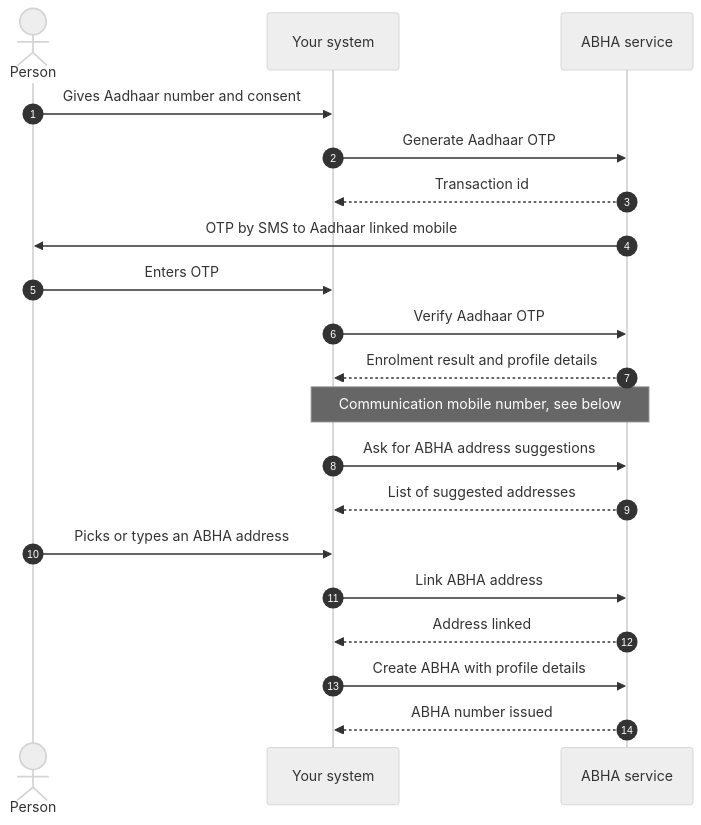
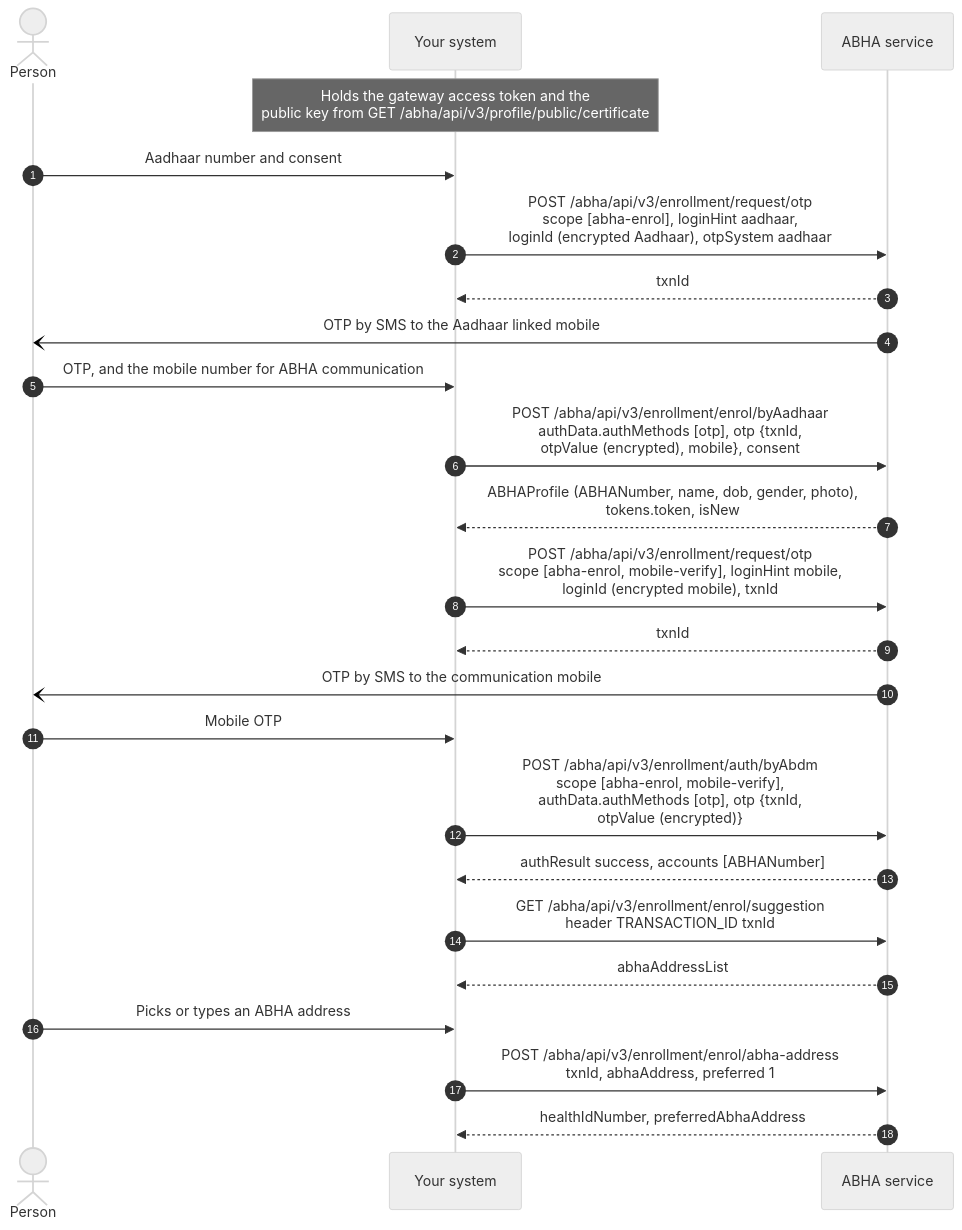
The first of 6 diagrams in main/docs/hiecm/v3/milestones/m1/index.md (nha-in/docs), drawn with Mermaid (neutral theme) before and after one commit. The commit also changed other lines of this file and 2291 other files, not shown here.

````diff
--- a/main/docs/hiecm/v3/milestones/m1/index.md
+++ b/main/docs/hiecm/v3/milestones/m1/index.md
@@ -151,22 +75,26 @@
 ```mermaid
 sequenceDiagram
     autonumber
     actor P as Person
     participant S as Your system
     participant A as ABHA service
-    P->>S: Gives Aadhaar number and consent
-    S->>A: Generate Aadhaar OTP
-    A-->>S: Transaction id
-    A->>P: OTP by SMS to Aadhaar linked mobile
-    P->>S: Enters OTP
-    S->>A: Verify Aadhaar OTP
-    A-->>S: Enrolment result and profile details
-    Note over S,A: Communication mobile number, see below
-    S->>A: Ask for ABHA address suggestions
-    A-->>S: List of suggested addresses
+    Note over S: Holds the gateway access token and the<br/>public key from GET /abha/api/v3/profile/public/certificate
+    P->>S: Aadhaar number and consent
+    S->>A: POST /abha/api/v3/enrollment/request/otp<br/>scope [abha-enrol], loginHint aadhaar,<br/>loginId (encrypted Aadhaar), otpSystem aadhaar
+    A-->>S: txnId
+    A-)P: OTP by SMS to the Aadhaar linked mobile
+    P->>S: OTP, and the mobile number for ABHA communication
+    S->>A: POST /abha/api/v3/enrollment/enrol/byAadhaar<br/>authData.authMethods [otp], otp {txnId,<br/>otpValue (encrypted), mobile}, consent
+    A-->>S: ABHAProfile (ABHANumber, name, dob, gender, photo),<br/>tokens.token, isNew
+    S->>A: POST /abha/api/v3/enrollment/request/otp<br/>scope [abha-enrol, mobile-verify], loginHint mobile,<br/>loginId (encrypted mobile), txnId
+    A-->>S: txnId
+    A-)P: OTP by SMS to the communication mobile
+    P->>S: Mobile OTP
+    S->>A: POST /abha/api/v3/enrollment/auth/byAbdm<br/>scope [abha-enrol, mobile-verify],<br/>authData.authMethods [otp], otp {txnId,<br/>otpValue (encrypted)}
+    A-->>S: authResult success, accounts [ABHANumber]
+    S->>A: GET /abha/api/v3/enrollment/enrol/suggestion<br/>header TRANSACTION_ID txnId
+    A-->>S: abhaAddressList
     P->>S: Picks or types an ABHA address
-    S->>A: Link ABHA address
-    A-->>S: Address linked
-    S->>A: Create ABHA with profile details
-    A-->>S: ABHA number issued
+    S->>A: POST /abha/api/v3/enrollment/enrol/abha-address<br/>txnId, abhaAddress, preferred 1
+    A-->>S: healthIdNumber, preferredAbhaAddress
 ```
````
